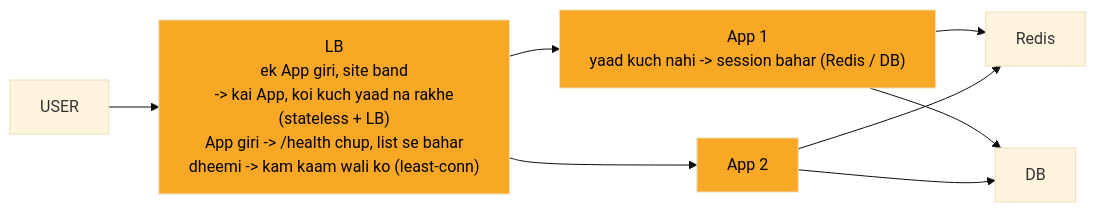
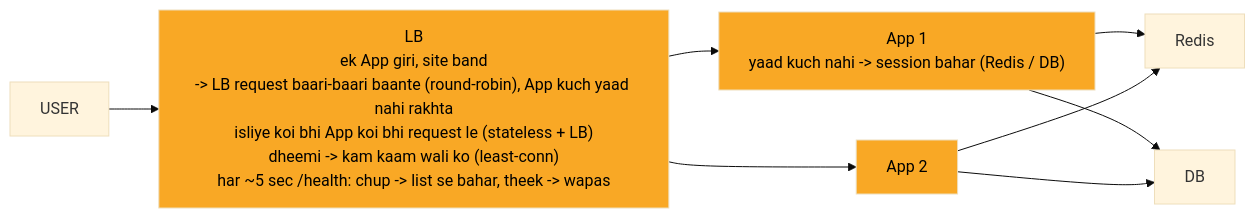
The third of 10 diagrams in 04_HLD/SYSTEM_DESIGNS/01_url_shortener/01_url_shortener.md (ArpanMaheshwari144/Prep), drawn with Mermaid (base theme) before and after one commit. The commit also changed other lines of this file and 13 other files, not shown here.

````diff
--- a/04_HLD/SYSTEM_DESIGNS/01_url_shortener/01_url_shortener.md
+++ b/04_HLD/SYSTEM_DESIGNS/01_url_shortener/01_url_shortener.md
@@ -148,20 +152,20 @@
 ```mermaid
 %%{init: {"flowchart": {"wrappingWidth": 450}}}%%
 flowchart LR
     n_USER["USER"]
-    n_LB["LB<br/>ek App giri, site band<br/>-> kai App, koi kuch yaad na rakhe<br/>(stateless + LB)<br/>App giri -> /health chup, list se bahar<br/>dheemi -> kam kaam wali ko (least-conn)"]
+    n_LB["LB<br/>ek App giri, site band<br/>-> LB request baari-baari baante (round-robin), App kuch yaad nahi rakhta<br/>isliye koi bhi App koi bhi request le (stateless + LB)<br/>dheemi -> kam kaam wali ko (least-conn)<br/>har ~5 sec /health: chup -> list se bahar, theek -> wapas"]
     n_App_x_N_1["App 1<br/>yaad kuch nahi -> session bahar (Redis / DB)"]
     n_App_x_N_2["App 2"]
     n_Redis["Redis"]
     n_DB["DB"]
     n_USER --> n_LB
     n_LB --> n_App_x_N_1
     n_LB --> n_App_x_N_2
     n_App_x_N_1 --> n_Redis
     n_App_x_N_2 --> n_Redis
     n_App_x_N_1 --> n_DB
     n_App_x_N_2 --> n_DB
     style n_LB fill:#f9a825,color:#000
     style n_App_x_N_1 fill:#f9a825,color:#000
     style n_App_x_N_2 fill:#f9a825,color:#000
 ```
````
